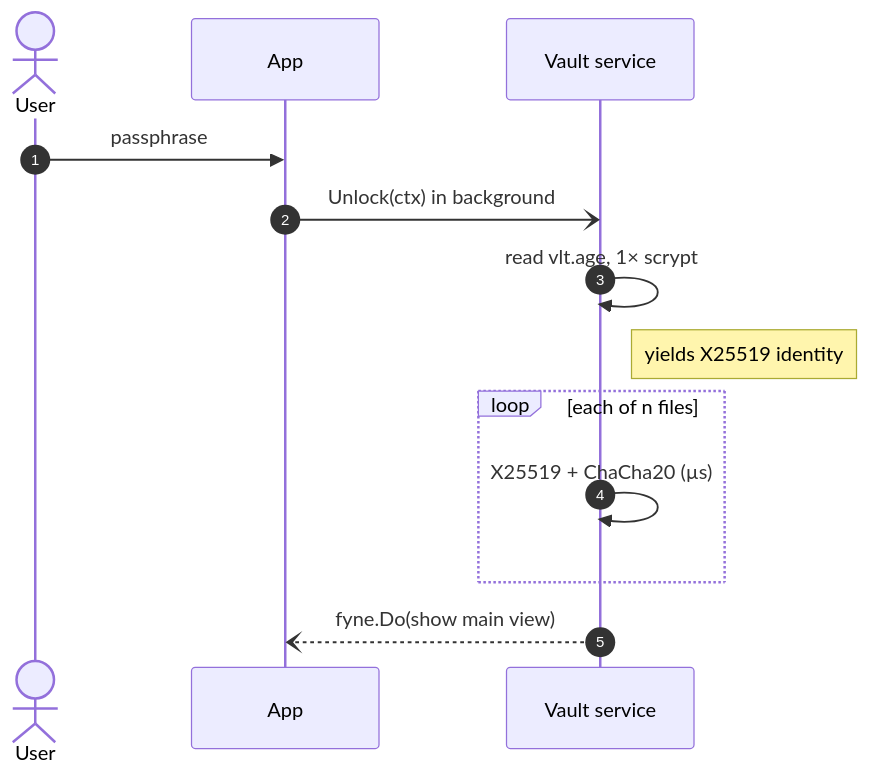
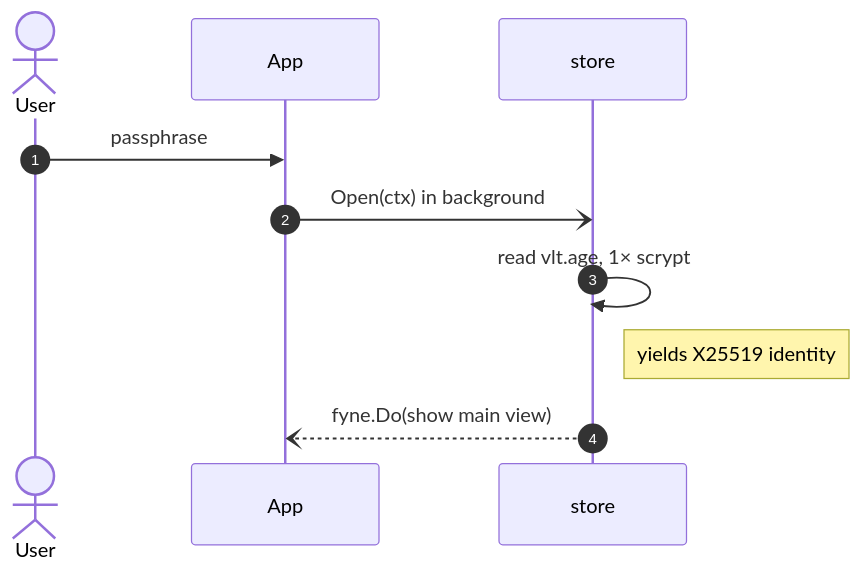
The second of 2 diagrams in vault-vlt/Architecture/Unlock Flow.md (heyjdp/vlt), drawn with Mermaid before and after one commit. The commit also changed other lines of this file and 27 other files, not shown here.

First line of the commit message:
feat(crypto,store): wrap a random X25519 vault key with the passphrase (F01)

````diff
--- a/vault-vlt/Architecture/Unlock Flow.md
+++ b/vault-vlt/Architecture/Unlock Flow.md
@@ -42,15 +46,12 @@
 ```mermaid
 sequenceDiagram
     autonumber
     actor User
     participant A as App
-    participant V as Vault service
+    participant V as store
     User->>A: passphrase
-    A-)V: Unlock(ctx) in background
+    A-)V: Open(ctx) in background
     V->>V: read vlt.age, 1× scrypt
     Note right of V: yields X25519 identity
-    loop each of n files
-        V->>V: X25519 + ChaCha20 (µs)
-    end
     V--)A: fyne.Do(show main view)
 ```
````
